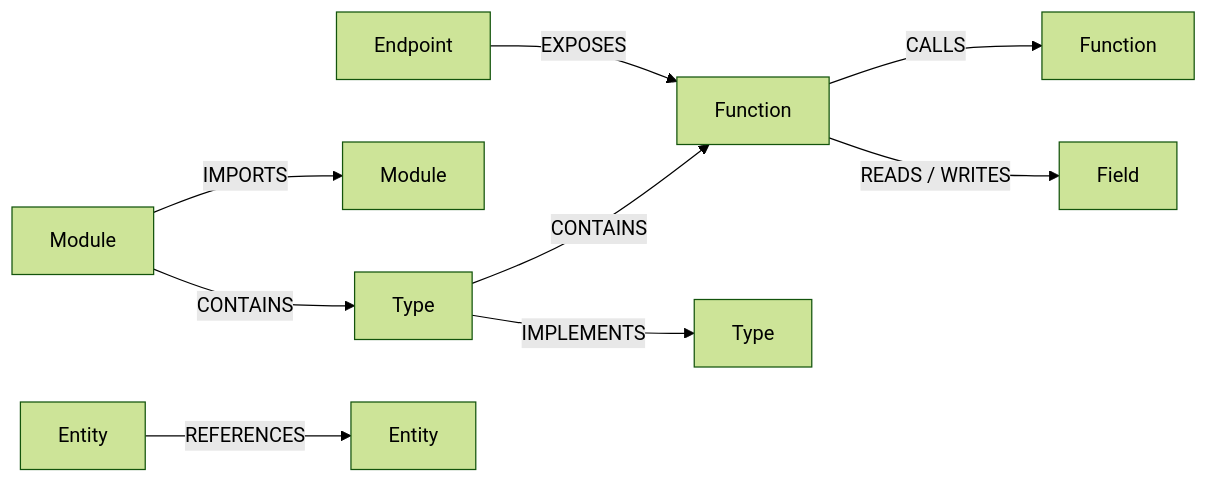
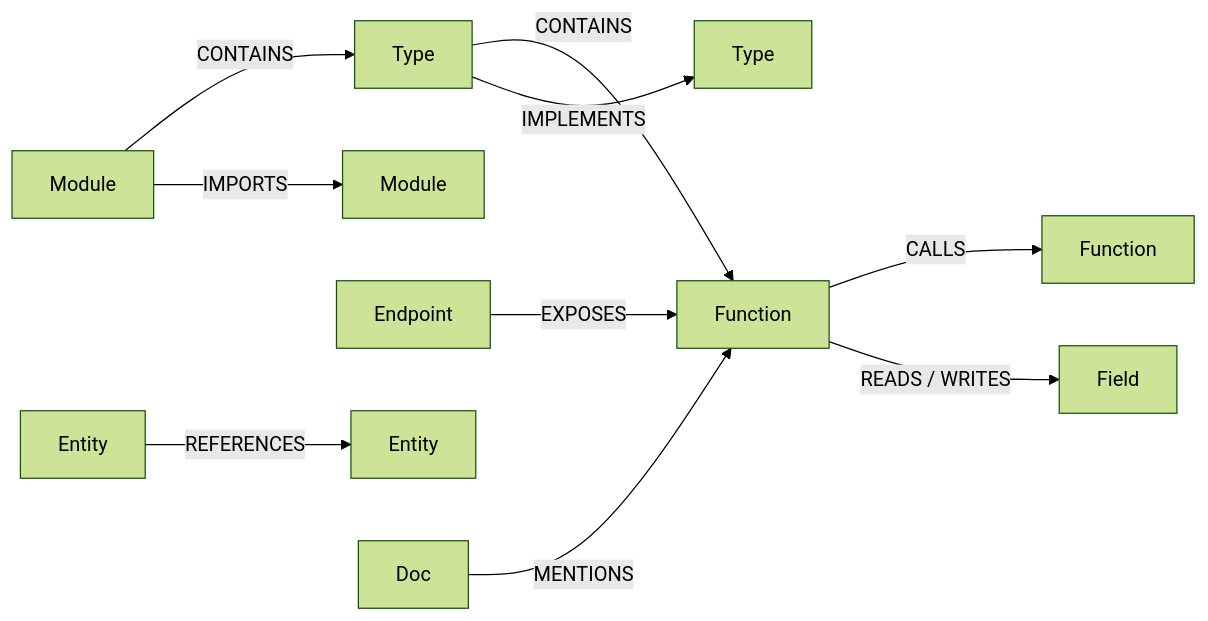
One commit to synaptixs/spine changed the second of 5 diagrams in KNOWLEDGE_GRAPH.md. Above: the diagram before and after it, drawn with Mermaid (forest theme). The commit also changed other lines of this file and 28 other files, not shown here.

````diff
--- a/KNOWLEDGE_GRAPH.md
+++ b/KNOWLEDGE_GRAPH.md
@@ -97,11 +99,12 @@
 ```mermaid
 flowchart LR
     M[Module] -->|CONTAINS| T[Type]
     M -->|IMPORTS| M2[Module]
     T -->|CONTAINS| F[Function]
     T -->|IMPLEMENTS| T2[Type]
     F -->|CALLS| F2[Function]
     F -->|READS / WRITES| FL[Field]
     EP[Endpoint] -->|EXPOSES| F
     EN[Entity] -->|REFERENCES| EN2[Entity]
+    D[Doc] -->|MENTIONS| F
 ```
````
